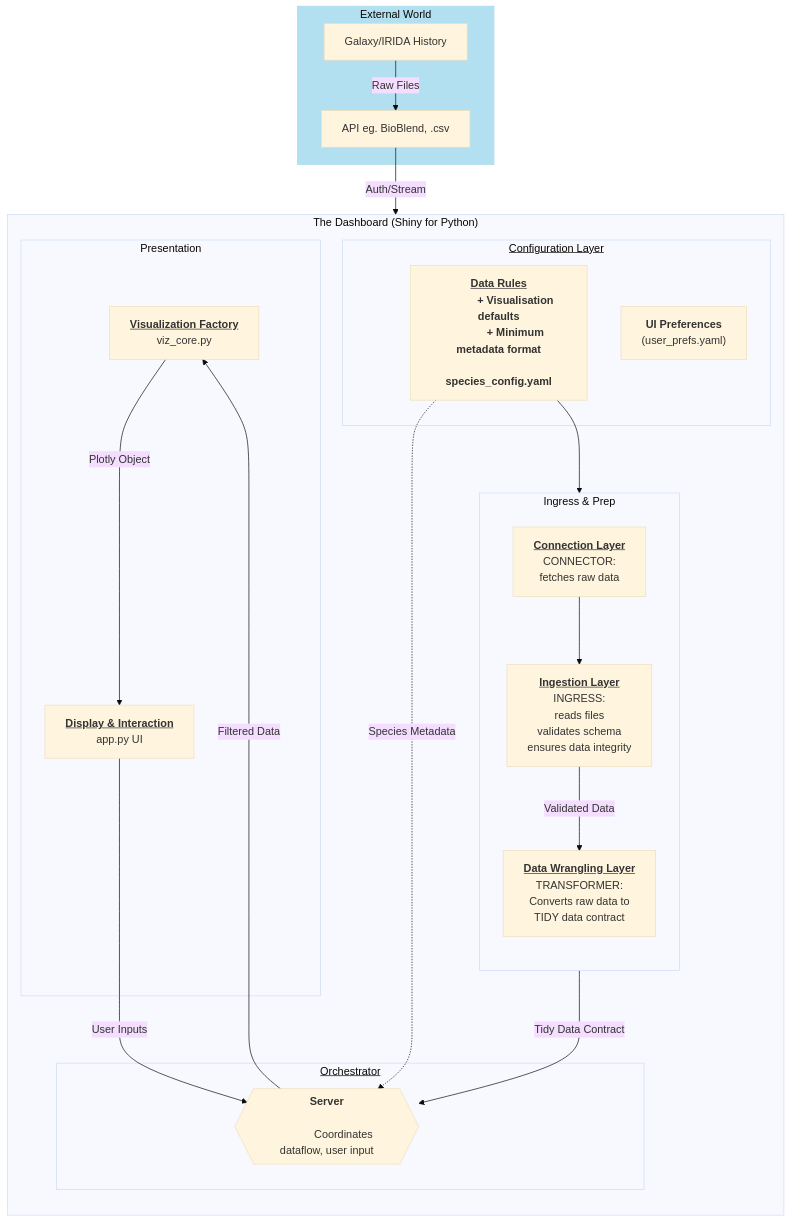
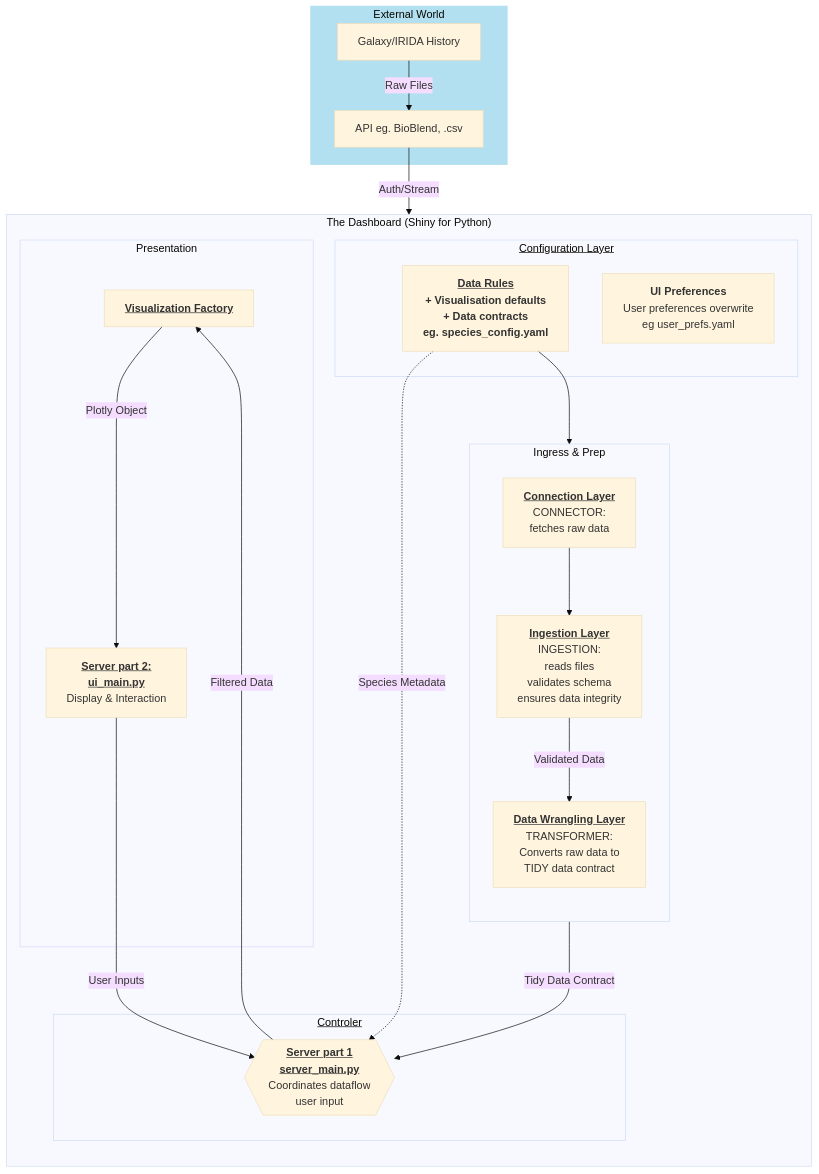
Before and after one commit to NorwegianVeterinaryInstitute/SPARMVET_VIZ: the diagram in docs/architecture/_mermaid.mmd, drawn with Mermaid (base theme). The commit also changed 4 other files, not shown here.

```diff
--- a/docs/architecture/_mermaid.mmd
+++ b/docs/architecture/_mermaid.mmd
@@ -1,71 +1,78 @@
 %% TODO - needs to be revised when this becomes more clear - and updated to correspond to the text description
 graph TD
     subgraph Ext ["External World"]
         Galaxy["Galaxy/IRIDA History"]
         API["API eg. BioBlend, .csv"]
     end
 
 
     subgraph "The Dashboard (Shiny for Python)"
         direction TB
         
         %% TODO- need to integrate relations with config layer
         subgraph "Ingress & Prep"
             direction TB 
             
             Connector["
             <b><u>Connection Layer</u></b>
             CONNECTOR: 
             fetches raw data"]
             
             Ingest["
             <b><u>Ingestion Layer</u></b>
-            INGRESS: 
+            INGESTION: 
             reads files
             validates schema
             ensures data integrity"]
 
             Wrangler["
             <b><u>Data Wrangling Layer</u></b>
             TRANSFORMER:
             Converts raw data to 
             TIDY data contract"]
         end
 
         subgraph "<u>Configuration Layer</u>"
             DataRules["<b><u>Data Rules</u><b>
             + Visualisation defaults
-            + Minimum metadata format
-            species_config.yaml"]
-            UIPrefs["<b>UI Preferences</b><br/>(user_prefs.yaml)"]
+            + <b>Data contracts</b>
+            eg. species_config.yaml"]
+            UIPrefs["<b>UI Preferences</b>
+            User preferences overwrite
+            eg user_prefs.yaml"]
             %% SystemEnv["<b>Environment Config</b><br/>(secrets.env / paths.yaml)"]
         end
 
 
-        subgraph "<u>Orchestrator</u>"
-            Logic{{"<b>Server</b><br/>
-            Coordinates dataflow, user input"}}
+        subgraph "<u>Controler</u>"
+            Logic{{"<b><u>Server part 1
+            server_main.py</b></u>
+            Coordinates dataflow
+            user input"}}
         end
 
         subgraph "Presentation"
-            Factory[<b><u>Visualization Factory</u></b><br/>viz_core.py]
-            UI[<b><u>Display & Interaction</u></b><br/>app.py UI]
+            Factory["<b><u>Visualization Factory</u></b>"]
+            UI["<b><u>Server part 2:
+            ui_main.py</u></b> 
+            Display & Interaction"
+            ]
         end
     
     end
 
     %% Data Flow
     Galaxy -->|Raw Files| API
     API -->|Auth/Stream| Connector
     Connector --> Ingest
     Ingest -->|Validated Data| Wrangler
     DataRules --> Ingest
     Wrangler -->|Tidy Data Contract| Logic
     
     DataRules -.->|Species Metadata| Logic
     Logic -->|Filtered Data| Factory
     Factory -->|Plotly Object| UI
     UI -->|User Inputs| Logic
 
     %% Styling
     style Ext fill:#b2e0f0,stroke:#b2e0f0,stroke-width:2px
```
